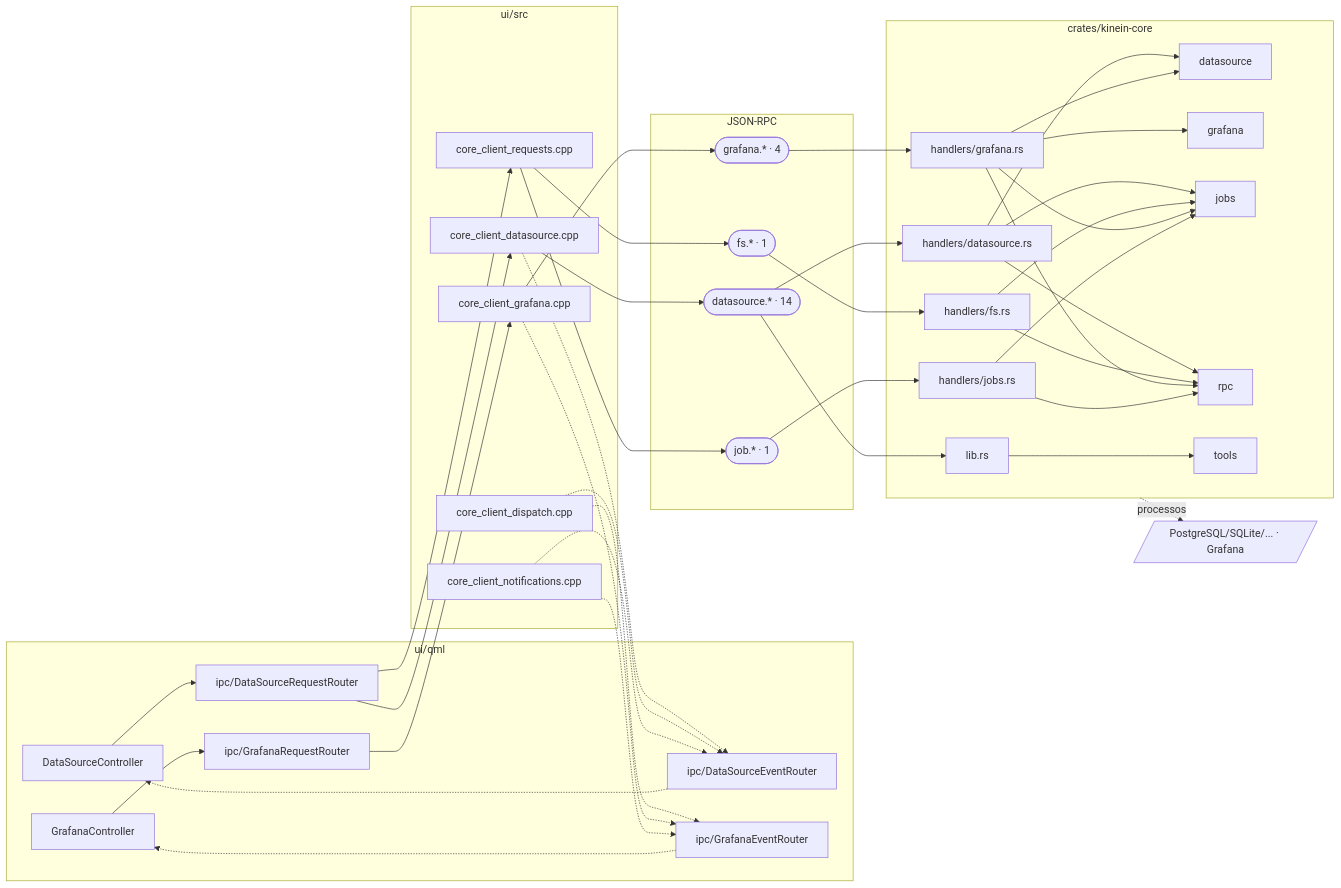
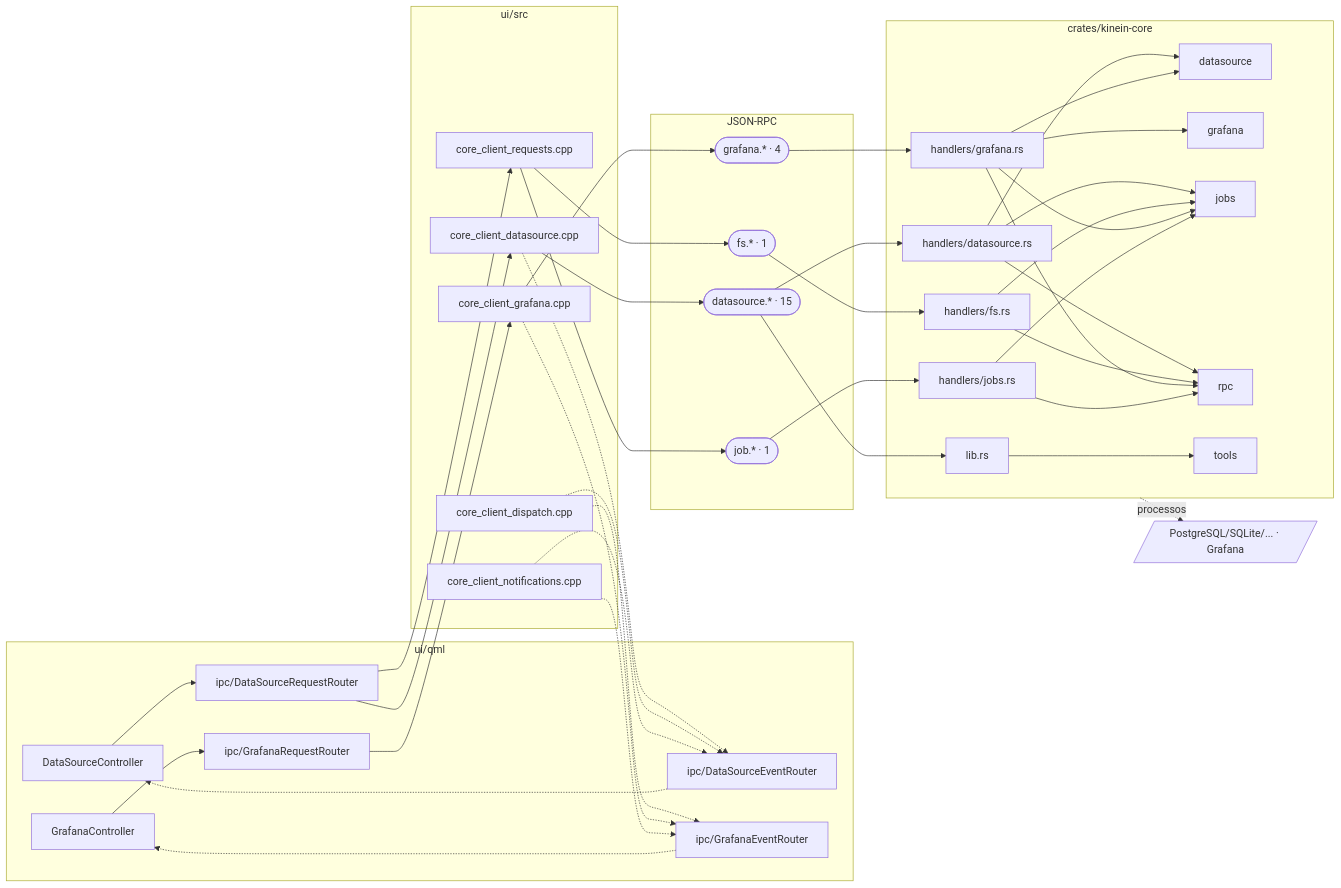
One commit to ViktorWalde/KineinVectis changed diagram 13 of 16 in DocsPublic/arquitetura/01-mapa-de-modulos.md. Above: the diagram before and after it, drawn with Mermaid. The commit also changed other lines of this file and 55 other files, not shown here.

````diff
--- a/DocsPublic/arquitetura/01-mapa-de-modulos.md
+++ b/DocsPublic/arquitetura/01-mapa-de-modulos.md
@@ -1106,72 +1109,72 @@
 ```mermaid
 flowchart LR
   subgraph QML["ui/qml"]
     n_ui_qml_datasource_DataSourceController_qml["DataSourceController"]
     n_ui_qml_grafana_GrafanaController_qml["GrafanaController"]
     n_ui_qml_ipc_DataSourceRequestRouter_qml["ipc/DataSourceRequestRouter"]
     n_ui_qml_ipc_DataSourceEventRouter_qml["ipc/DataSourceEventRouter"]
     n_ui_qml_ipc_GrafanaRequestRouter_qml["ipc/GrafanaRequestRouter"]
     n_ui_qml_ipc_GrafanaEventRouter_qml["ipc/GrafanaEventRouter"]
   end
   subgraph CPP["ui/src"]
     n_ui_src_core_client_datasource_cpp["core_client_datasource.cpp"]
     n_ui_src_core_client_dispatch_cpp["core_client_dispatch.cpp"]
     n_ui_src_core_client_grafana_cpp["core_client_grafana.cpp"]
     n_ui_src_core_client_notifications_cpp["core_client_notifications.cpp"]
     n_ui_src_core_client_requests_cpp["core_client_requests.cpp"]
   end
   subgraph IPC["JSON-RPC"]
-    n_ipc_datasource(["datasource.* · 14"])
+    n_ipc_datasource(["datasource.* · 15"])
     n_ipc_fs(["fs.* · 1"])
     n_ipc_grafana(["grafana.* · 4"])
     n_ipc_job(["job.* · 1"])
   end
   subgraph CORE["crates/kinein-core"]
     n_crates_kinein_core_src_handlers_datasource_rs["handlers/datasource.rs"]
     n_crates_kinein_core_src_handlers_fs_rs["handlers/fs.rs"]
     n_crates_kinein_core_src_handlers_grafana_rs["handlers/grafana.rs"]
     n_crates_kinein_core_src_handlers_jobs_rs["handlers/jobs.rs"]
     n_crates_kinein_core_src_lib_rs["lib.rs"]
     n_core_datasource[datasource]
     n_core_grafana[grafana]
     n_core_jobs[jobs]
     n_core_rpc[rpc]
     n_core_tools[tools]
   end
   n_tools_data[/"PostgreSQL/SQLite/... · Grafana"/]
   n_ui_qml_datasource_DataSourceController_qml --> n_ui_qml_ipc_DataSourceRequestRouter_qml
   n_ui_qml_grafana_GrafanaController_qml --> n_ui_qml_ipc_GrafanaRequestRouter_qml
   n_ui_qml_ipc_DataSourceEventRouter_qml -.-> n_ui_qml_datasource_DataSourceController_qml
   n_ui_qml_ipc_DataSourceRequestRouter_qml --> n_ui_src_core_client_datasource_cpp
   n_ui_qml_ipc_DataSourceRequestRouter_qml --> n_ui_src_core_client_requests_cpp
   n_ui_qml_ipc_GrafanaEventRouter_qml -.-> n_ui_qml_grafana_GrafanaController_qml
   n_ui_qml_ipc_GrafanaRequestRouter_qml --> n_ui_src_core_client_grafana_cpp
   n_ui_src_core_client_datasource_cpp --> n_ipc_datasource
   n_ui_src_core_client_datasource_cpp -.-> n_ui_qml_ipc_DataSourceEventRouter_qml
   n_ui_src_core_client_dispatch_cpp -.-> n_ui_qml_ipc_DataSourceEventRouter_qml
   n_ui_src_core_client_dispatch_cpp -.-> n_ui_qml_ipc_GrafanaEventRouter_qml
   n_ui_src_core_client_grafana_cpp --> n_ipc_grafana
   n_ui_src_core_client_grafana_cpp -.-> n_ui_qml_ipc_GrafanaEventRouter_qml
   n_ui_src_core_client_notifications_cpp -.-> n_ui_qml_ipc_DataSourceEventRouter_qml
   n_ui_src_core_client_notifications_cpp -.-> n_ui_qml_ipc_GrafanaEventRouter_qml
   n_ui_src_core_client_requests_cpp --> n_ipc_fs
   n_ui_src_core_client_requests_cpp --> n_ipc_job
   n_ipc_datasource --> n_crates_kinein_core_src_handlers_datasource_rs
   n_crates_kinein_core_src_handlers_datasource_rs --> n_core_datasource
   n_crates_kinein_core_src_handlers_datasource_rs --> n_core_jobs
   n_crates_kinein_core_src_handlers_datasource_rs --> n_core_rpc
   n_ipc_fs --> n_crates_kinein_core_src_handlers_fs_rs
   n_crates_kinein_core_src_handlers_fs_rs --> n_core_jobs
   n_crates_kinein_core_src_handlers_fs_rs --> n_core_rpc
   n_ipc_grafana --> n_crates_kinein_core_src_handlers_grafana_rs
   n_crates_kinein_core_src_handlers_grafana_rs --> n_core_datasource
   n_crates_kinein_core_src_handlers_grafana_rs --> n_core_grafana
   n_crates_kinein_core_src_handlers_grafana_rs --> n_core_jobs
   n_crates_kinein_core_src_handlers_grafana_rs --> n_core_rpc
   n_ipc_job --> n_crates_kinein_core_src_handlers_jobs_rs
   n_crates_kinein_core_src_handlers_jobs_rs --> n_core_jobs
   n_crates_kinein_core_src_handlers_jobs_rs --> n_core_rpc
   n_ipc_datasource --> n_crates_kinein_core_src_lib_rs
   n_crates_kinein_core_src_lib_rs --> n_core_tools
   CORE -.->|processos| n_tools_data
 ```
````
